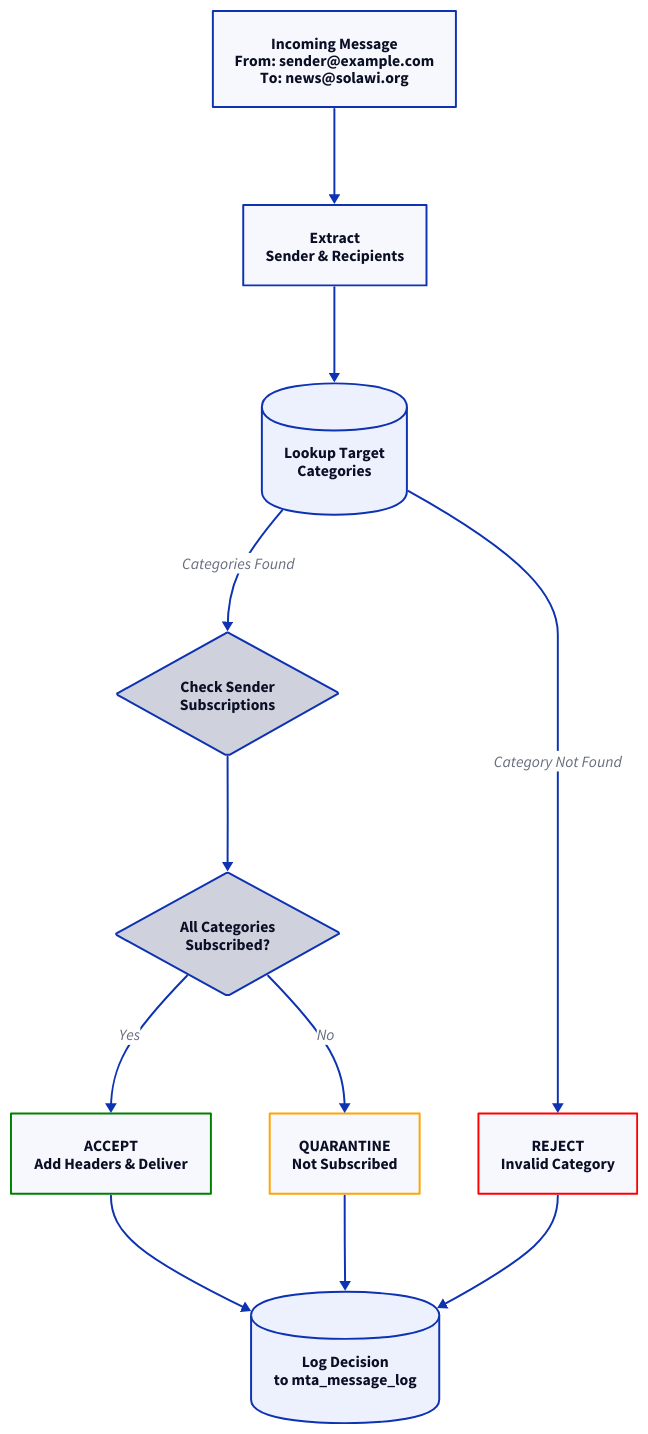
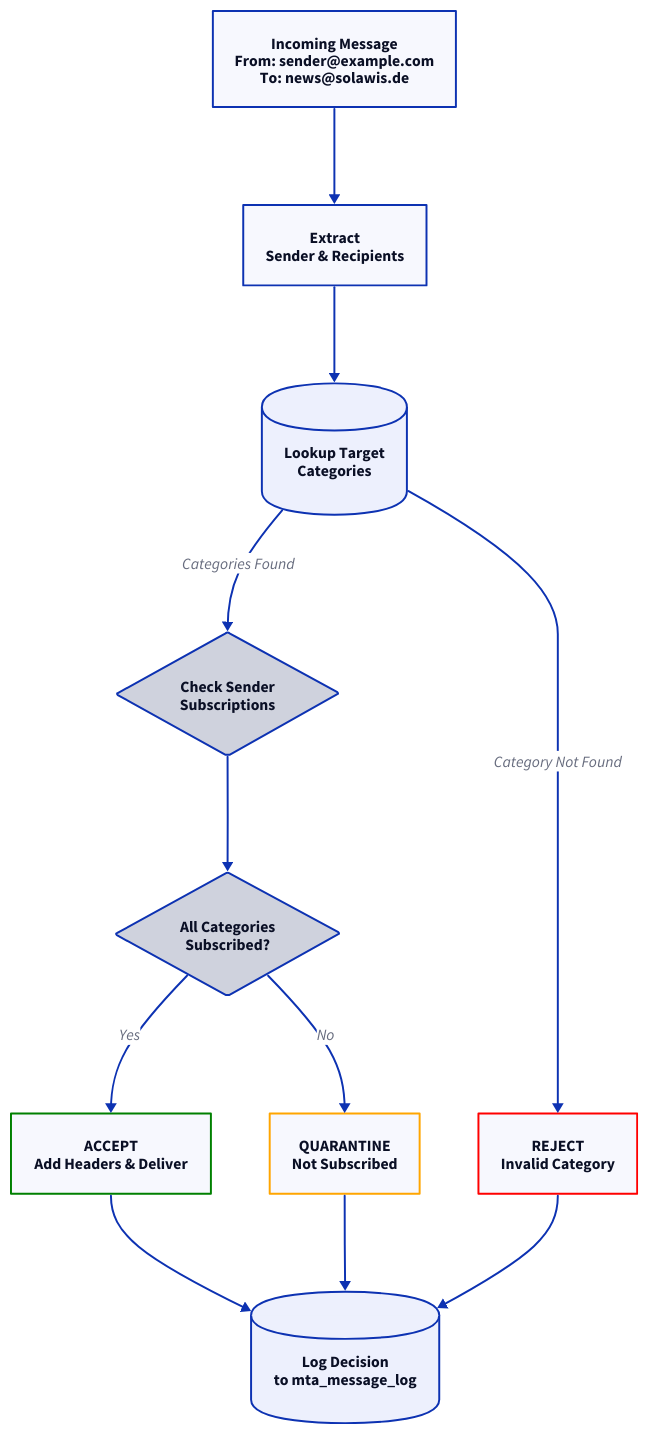
Before and after one commit to enaut/kommunikationszentrum: the diagram in docs/src/email/subscriptions-checking-flow.d2, drawn with D2. The commit also changed 12 other files, not shown here.

```diff
--- a/docs/src/email/subscriptions-checking-flow.d2
+++ b/docs/src/email/subscriptions-checking-flow.d2
@@ -1,34 +1,34 @@
 direction: down
 
-incoming_message: "Incoming Message\nFrom: sender@example.com\nTo: news@solawi.org"
+incoming_message: "Incoming Message\nFrom: sender@example.com\nTo: news@solawis.de"
 extract_metadata: "Extract\nSender & Recipients"
 lookup_categories: "Lookup Target\nCategories" { shape: cylinder }
 check_subscriptions: "Check Sender\nSubscriptions" { shape: diamond }
 all_subscribed: "All Categories\nSubscribed?" { shape: diamond }
 
 accept_message: "ACCEPT\nAdd Headers & Deliver" {
   style.stroke: green
 }
 quarantine_message: "QUARANTINE\nNot Subscribed" {
   style.stroke: orange
 }
 reject_message: "REJECT\nInvalid Category" {
   style.stroke: red
 }
 
 log_decision: "Log Decision\nto mta_message_log" { shape: cylinder }
 
 incoming_message -> extract_metadata
 extract_metadata -> lookup_categories
 
 lookup_categories -> check_subscriptions: "Categories Found"
 lookup_categories -> reject_message: "Category Not Found"
 
 check_subscriptions -> all_subscribed
 
 all_subscribed -> accept_message: "Yes"
 all_subscribed -> quarantine_message: "No"
 
 accept_message -> log_decision
 quarantine_message -> log_decision
 reject_message -> log_decision
```
